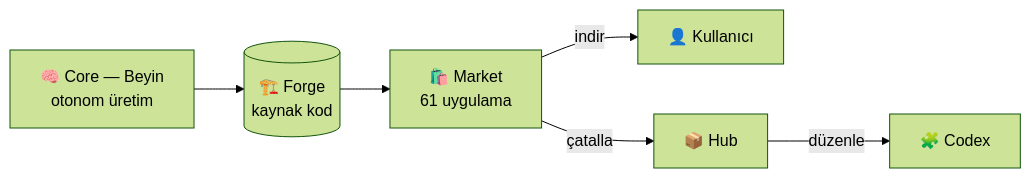
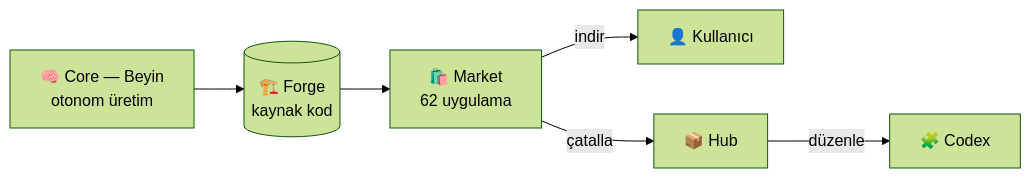
The diagram in README.md (numexai/numex-market), drawn with Mermaid (forest theme) before and after one commit. The commit also changed other lines of this file and 50 other files, not shown here.

````diff
--- a/README.md
+++ b/README.md
@@ -85,8 +85,8 @@
 ```mermaid
 flowchart LR
   CORE[🧠 Core — Beyin<br/>otonom üretim] --> FORGE[(🏗️ Forge<br/>kaynak kod)]
-  FORGE --> MARKET[🛍️ Market<br/>61 uygulama]
+  FORGE --> MARKET[🛍️ Market<br/>62 uygulama]
   MARKET -->|indir| USER[👤 Kullanıcı]
   MARKET -->|çatalla| HUB[📦 Hub]
   HUB -->|düzenle| CODEX[🧩 Codex]
 ```
````
